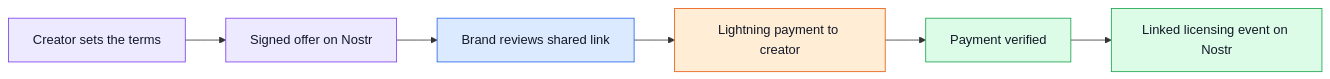
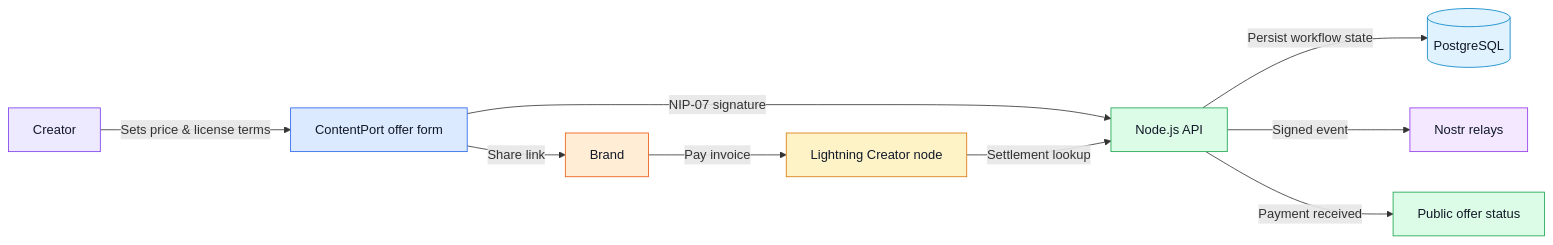
One commit to Aishagojo/ANZA changed the diagram in README.md. Above: the diagram before and after it, drawn with Mermaid. The commit also changed other lines of this file and 15 other files, not shown here.

Commit message:
feat: add Polar Lightning payments and settlement tracking

````diff
--- a/README.md
+++ b/README.md
@@ -47,15 +37,20 @@
 ```mermaid
 flowchart LR
-    A[Creator sets the terms] --> B[Signed offer on Nostr]
-    B --> C[Brand reviews shared link]
-    C --> D[Lightning payment to creator]
-    D --> E[Payment verified]
-    E --> F[Linked licensing event on Nostr]
+    C[Creator] -->|Sets price & license terms| F[ContentPort offer form]
+    F -->|NIP-07 signature| A[Node.js API]
+    A -->|Persist workflow state| P[(PostgreSQL)]
+    A -->|Signed event| N[Nostr relays]
+    F -->|Share link| B[Brand]
+    B -->|Pay invoice| L[Lightning Creator node]
+    L -->|Settlement lookup| A
+    A -->|Payment received| O[Public offer status]
 
-    style A fill:#ede9fe,stroke:#7c3aed,color:#111827
-    style B fill:#ede9fe,stroke:#7c3aed,color:#111827
-    style C fill:#dbeafe,stroke:#2563eb,color:#111827
-    style D fill:#ffedd5,stroke:#ea580c,color:#111827
-    style E fill:#dcfce7,stroke:#16a34a,color:#111827
-    style F fill:#dcfce7,stroke:#16a34a,color:#111827
+    style C fill:#ede9fe,stroke:#7c3aed,color:#111827
+    style F fill:#dbeafe,stroke:#2563eb,color:#111827
+    style A fill:#dcfce7,stroke:#16a34a,color:#111827
+    style P fill:#e0f2fe,stroke:#0284c7,color:#111827
+    style N fill:#f3e8ff,stroke:#9333ea,color:#111827
+    style B fill:#ffedd5,stroke:#ea580c,color:#111827
+    style L fill:#fef3c7,stroke:#d97706,color:#111827
+    style O fill:#dcfce7,stroke:#16a34a,color:#111827
 ```
````
